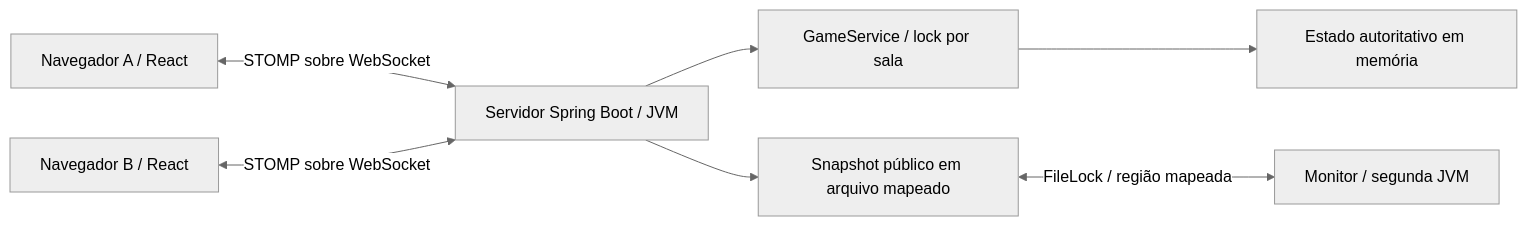
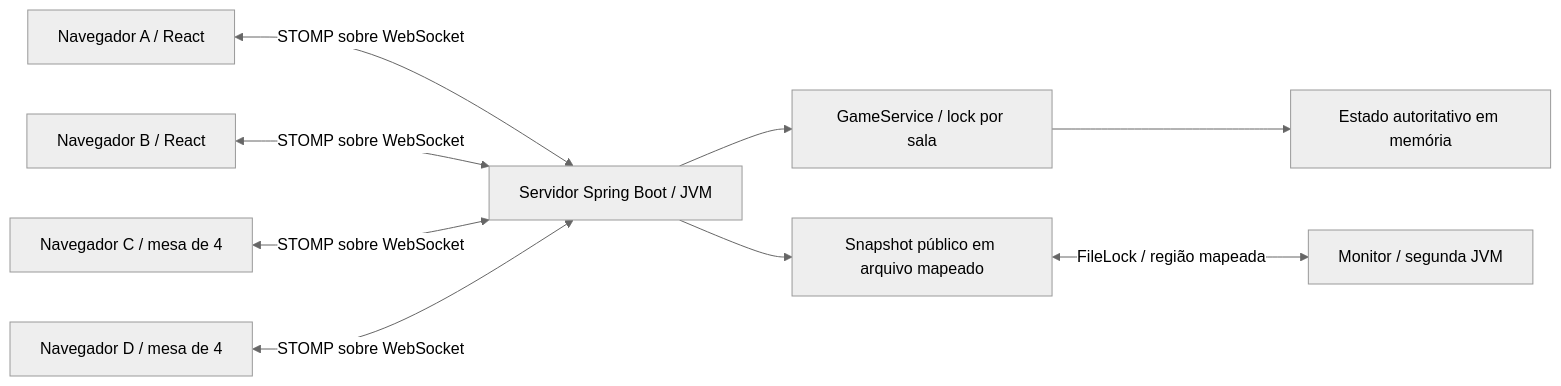
Before and after one commit to Matheus-FRocha/Trabalho_Maurilio: the diagram in docs/arquitetura.md, drawn with Mermaid (neutral theme). The commit also changed 9 other files, not shown here.

````diff
--- a/docs/arquitetura.md
+++ b/docs/arquitetura.md
@@ -3,9 +3,11 @@
 ```mermaid
 flowchart LR
   A[Navegador A / React] <-->|STOMP sobre WebSocket| S[Servidor Spring Boot / JVM]
   B[Navegador B / React] <-->|STOMP sobre WebSocket| S
+  C[Navegador C / mesa de 4] <-->|STOMP sobre WebSocket| S
+  D[Navegador D / mesa de 4] <-->|STOMP sobre WebSocket| S
   S --> G[GameService / lock por sala]
   G --> R[Estado autoritativo em memória]
   S --> M[Snapshot público em arquivo mapeado]
   M <-->|FileLock / região mapeada| O[Monitor / segunda JVM]
 ```
````
